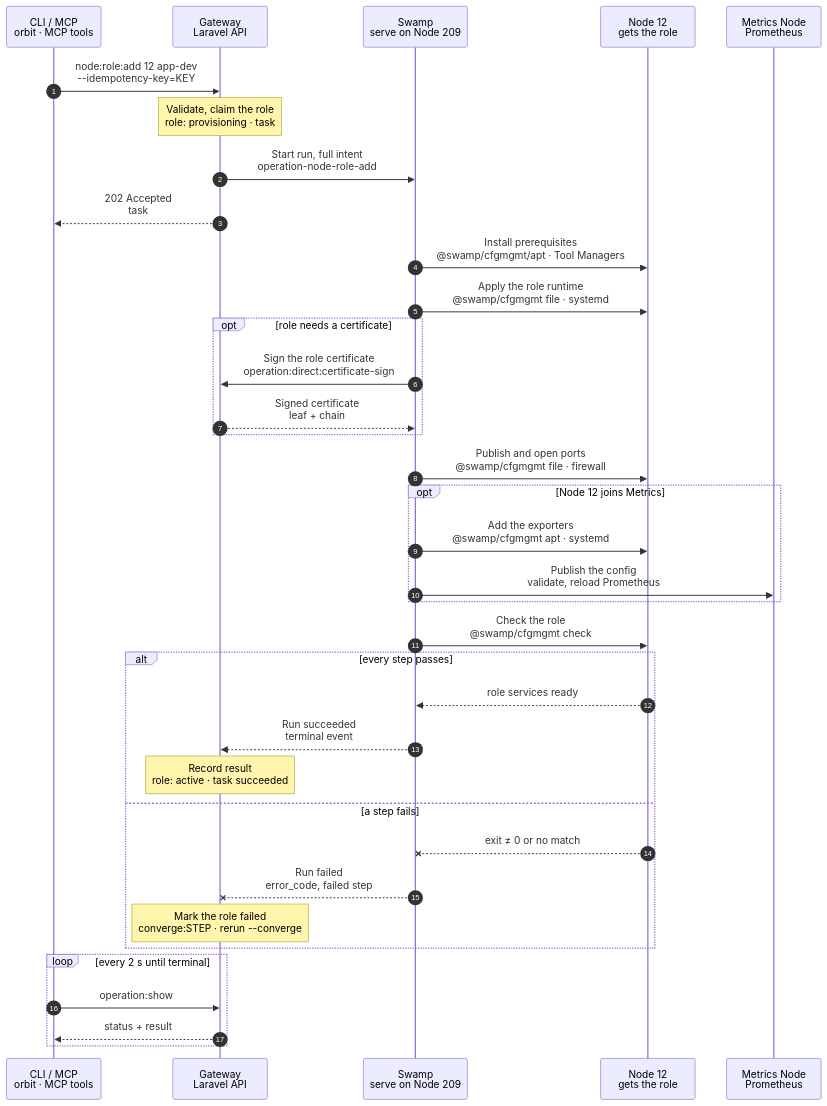
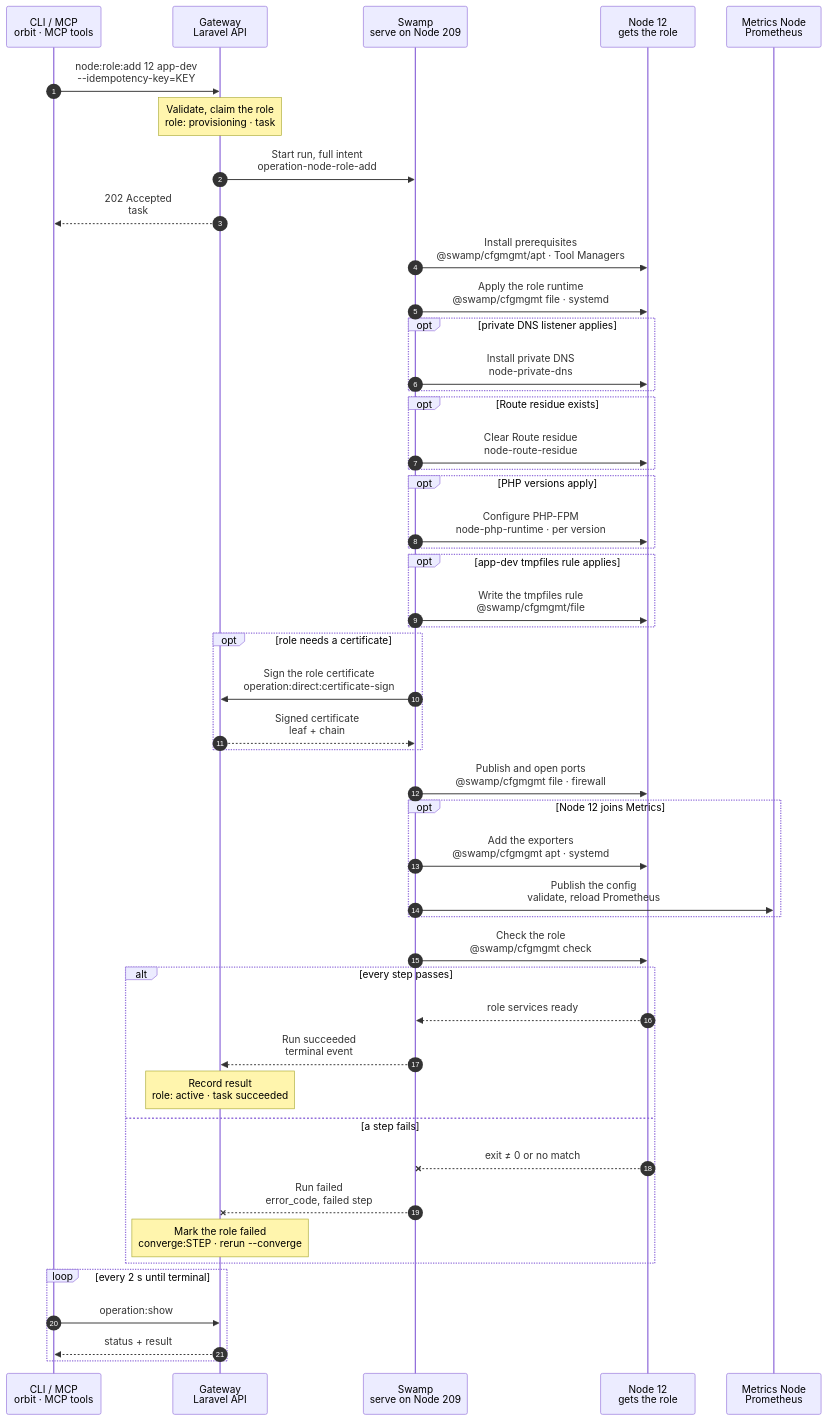
One commit to hardimpactdev/orbit changed the diagram in docs/cli/node/role-add.mmd. Above: the diagram before and after it, drawn with Mermaid. The commit also changed 21 other files, not shown here.

```diff
--- a/docs/cli/node/role-add.mmd
+++ b/docs/cli/node/role-add.mmd
@@ -1,156 +1,179 @@
 sequenceDiagram
   %% Target design: ADR 0243/0244 task, DECISIONS R1-R4 + 5 (shared SSH identity), metrics.exporter_enable decisions, single-swamp-node. docs/cli/node.mdx#orbit-noderoleadd, docs/reference/node-provisioning.md.
+  %% Native role footprint: shared node-php-runtime, node-private-dns and node-route-residue boundaries.
   %% Tightened: flow-tighten 2026-11-02, rules 9, 22 (cfgmgmt behaviors named; their checks are the end check, no file read-back).
   %% status: draft
   %% command: node:role:add
   %% kind: node.role_add
   autonumber
   %% lane CLI icon=terminal pill=caller tone=gray
   %% lane GW icon=gateway pill=intent tone=blue
   %% lane SW icon=workflow pill=executes tone=green
   %% lane N icon=server pill=target tone=amber
   %% lane M icon=server pill=target tone=purple
   participant CLI as CLI / MCP<br/>orbit · MCP tools
   participant GW as Gateway<br/>Laravel API
   participant SW as Swamp<br/>serve on Node 209
   participant N as Node 12<br/>gets the role
   participant M as Metrics Node<br/>Prometheus
   CLI->>GW: node:role:add 12 app-dev<br/>--idempotency-key=KEY
   %%> Command:
   %%> - `orbit node:role:add 12 app-dev`
   %%> - syntax: `<node> <role> [--converge] [--postgres-process=ID] [--clickhouse-process=ID] [--idempotency-key=KEY] [--json]`
   %%> Input:
   %%> - the Node, by id or exact name, and the role, such as `app-dev`, `app-prod`, `ingress`, `database`, `websocket`, `analytics`, `ci-runner`, `gateway` or `swamp`
   %%> - for `analytics` only: the PostgreSQL and ClickHouse Processes; in a terminal the CLI asks for them
   %%> - `--converge` converges a role the Node already has; that is `node.role_converge`, with its own chart
   %%> Who can call it:
   %%> - the `orbit` CLI and the MCP tool send the same request
   Note over GW: Validate, claim the role<br/>role: provisioning · task #5170
   %%> Requirements:
   %%> - your Node has an access grant to Node 12
   %%> - Node 12 is an active, managed Linux Node
   %%> - the role is not `vpn` or `router`; those are protected from this command
   %%> - Node 12 doesn't have the role yet, and holds no role it conflicts with, such as `app-prod` beside `app-dev`
   %%> - a singleton role, such as `gateway` or `swamp`, has no holder yet; to move one, use `node:role:relocate`
   %%> - one role operation per Node: the Gateway holds a role lock for Node 12 and waits up to 2 minutes for a busy one, then refuses with `node_role.node_busy`
   %%> Builds:
   %%> - the role plan: packages, files, units, Caddy sites, PHP settings, firewall rules and certificate requests
   %%> - the Metrics fleet change, when Node 12 becomes a selected exporter
   %%> Secrets:
   %%> - role credentials go to the Swamp vault as execution copies; the inputs hold only their key names
   %%> Result:
   %%> - the `app-dev` assignment recorded with status provisioning
   %%> - task #5170 recorded with the full intent
   %%> - nothing has happened on the Node yet
   GW->>SW: Start run, full intent<br/>operation-node-role-add
   %%> What it does:
   %%> - starts one Swamp run on serve (Node 209)
   %%> Inputs:
   %%> - the role plan with its files and digests
   %%> - the vault key names of the role credentials
   %%> - Node 12's and the Metrics Node's addresses and SSH host keys; the SSH identity comes from the `swamp` role
   GW-->>CLI: 202 Accepted<br/>task #5170
   %%> What you get:
   %%> - the task number, at once
   %%> Next:
   %%> - the CLI follows the task with `operation:show`
   SW->>N: Install prerequisites<br/>@swamp/cfgmgmt/apt · Tool Managers
   %%> What it does:
   %%> - checks the Ubuntu release the role supports, then installs the role's packages
   %%> - waits for a busy apt lock within the run's time budget
   %%> Per role:
   %%> - `app-dev`, `app-prod`: the pinned PHP build and JavaScript runtimes, the `vp` and `composer` Tool Managers through the shared Tool Manager setup step, and `<home>/apps` for `app-dev`
   %%> - Caddy roles: the pinned Caddy release, only when Caddy is missing or below the floor
   %%> - `database`, `analytics`: the Docker engine
   %%> - `ci-runner`: the Incus host boundary
   %%> How:
   %%> - official `@swamp/cfgmgmt` behaviors (apt, fetch, file) over SSH from 209
   SW->>N: Apply the role runtime<br/>@swamp/cfgmgmt file · systemd
   %%> What it does:
   %%> - runs the same steps as role converge (`node.role_converge`): files, units and services of the role
   %%> Per role:
   %%> - Caddy roles: the Caddyfile, validated first, then a graceful Caddy reload
-  %%> - `app-dev`, `app-prod`: the managed PHP-FPM module; a graceful reload of valid running masters
-  %%> - `app-dev`: the `/etc/tmpfiles.d/orbit.conf` rule for `/tmp/orbit-*` and `/dev/shm/orbit-*`
   %%> - `websocket`: the Reverb service
   %%> - `analytics`: Plausible, beside the given storage Processes
   %%> - `swamp`: Orbit's Caddy and the 2 worker services `orbit-swamp-worker@a` and `@b`
   %%> - `metrics`: Prometheus and Grafana, with the same steps as `metrics:enable`
   %%> How:
   %%> - official `@swamp/cfgmgmt` behaviors (file, systemd, docker) over SSH from 209
   %%> Not included:
   %%> - the Node agent, its files and the Orbit CLI; `node:converge` owns them
+  opt private DNS listener applies
+    SW->>N: Install private DNS<br/>node-private-dns
+    %%> What it does:
+    %%> - writes the listener release, units, records and catalog with official file and systemd behaviors
+    %%> - queries the listener, then asserts the loaded catalog digest
+  end
+  opt Route residue exists
+    SW->>N: Clear Route residue<br/>node-route-residue
+    %%> What it does:
+    %%> - removes retired pool files, sites, certificate files and firewall rules
+    %%> - keeps unrelated data; reports a failed cleanup as a footprint follow-up
+  end
+  opt PHP versions apply
+    SW->>N: Configure PHP-FPM<br/>node-php-runtime · per version
+    %%> What it does:
+    %%> - runs Configure PHP-FPM for each version, with the version appended to its step name
+    %%> - writes the runtime ini, enables its link, tests PHP-FPM and reloads running masters
+  end
+  opt app-dev tmpfiles rule applies
+    SW->>N: Write the tmpfiles rule<br/>@swamp/cfgmgmt/file
+    %%> What it does:
+    %%> - writes the admitted rule to /etc/tmpfiles.d/orbit.conf with mode 0644
+    %%> - the file behavior confirms content and mode
+  end
   opt role needs a certificate
     SW->>GW: Sign the role certificate<br/>operation:direct:certificate-sign
     %%> When:
     %%> - the role serves TLS with an Orbit certificate, for example `database` or `websocket`
     %%> How:
     %%> - a step creates the key on Node 12 and reads only the CSR
     %%> - the Gateway signs the CSR with the Orbit CA; this is the one call a step may make to the Gateway
     %%> Why:
     %%> - the private key never leaves Node 12, and the CA key never leaves the Gateway
     GW-->>SW: Signed certificate<br/>leaf + chain
     %%> What happens next:
     %%> - Swamp writes the certificate beside its key on Node 12 and activates it
   end
   SW->>N: Publish and open ports<br/>@swamp/cfgmgmt file · firewall
   %%> What it does:
   %%> - publishes the role's Caddy sites and PHP pools, validates them, and reloads gracefully
   %%> - adds the role's managed firewall rules with `@swamp/cfgmgmt/firewall`
   %%> - publishes the role's private DNS names, such as the Reverb host, through the shared DNS step on the `vpn` Node
   %%> First role:
   %%> - removes the public SSH rule, so Node 12 is reached only over WireGuard from then on
   opt Node 12 joins Metrics
     SW->>N: Add the exporters<br/>@swamp/cfgmgmt apt · systemd
     %%> When:
     %%> - a Metrics role exists, and this role makes Node 12 a selected exporter; every role takes part except `swamp`
     %%> What it does:
     %%> - the same steps as `metrics:exporter:enable`: the exporters, their WireGuard listeners, and the Metrics Node's firewall allows
     SW->>M: Publish the config<br/>validate, reload Prometheus
     %%> What it does:
     %%> - validates the new Prometheus configuration with `promtool`, publishes it, and reloads Prometheus while it runs
     %%> - no restart, so collection from other Nodes continues
   end
   SW->>N: Check the role<br/>@swamp/cfgmgmt check
   %%> What it does:
   %%> - checks the role's services are active and answer, such as Caddy, PHP-FPM or Reverb
   %%> - the `check` of each file and systemd behavior confirms its content and state; no separate read-back
   %%> Why:
   %%> - the role only counts as active when Node 12 shows it
   alt every step passes
     N-->>SW: role services ready
     %%> Returns:
     %%> - the check passed for every part of the role
     SW-->>GW: Run succeeded<br/>terminal event
     %%> How the Gateway learns it:
     %%> - its shared run reader sees the terminal event; Swamp never calls the Gateway for a result
     Note over GW: Record result<br/>role: active · task succeeded
     %%> Result:
     %%> - the `app-dev` role on Node 12 becomes active, with the digest of each applied part
     %%> - Node 12's exporter is recorded as active, when it joined Metrics
     %%> - task #5170 succeeds
   else a step fails
     N--xSW: exit ≠ 0 or no match
     %%> When:
     %%> - a package, file, unit, Caddy validation, certificate, firewall or check step fails
     SW--xGW: Run failed<br/>error_code, failed step
     %%> The Gateway reads:
     %%> - which step failed and its error code
     Note over GW: Mark the role failed<br/>converge:STEP · rerun --converge
     %%> Result:
     %%> - the role stays recorded, marked failed at `converge:STEP` with the step's own error code
     %%> - task #5170 fails
     %%> On the Node:
     %%> - finished steps stay; there is no rollback
     %%> - that is safe: every step is idempotent and Caddy is never reloaded with a config that fails validation
     %%> Retry:
     %%> - run `orbit node:role:add 12 app-dev --converge` after fixing the cause
   end
   loop every 2 s until terminal
     CLI->>GW: operation:show #5170
     %%> What it does:
     %%> - asks for the task's status every 2 seconds until it has ended
     GW-->>CLI: status + result
     %%> Returns:
     %%> - the current status, and the result once the task has ended
   end
```
